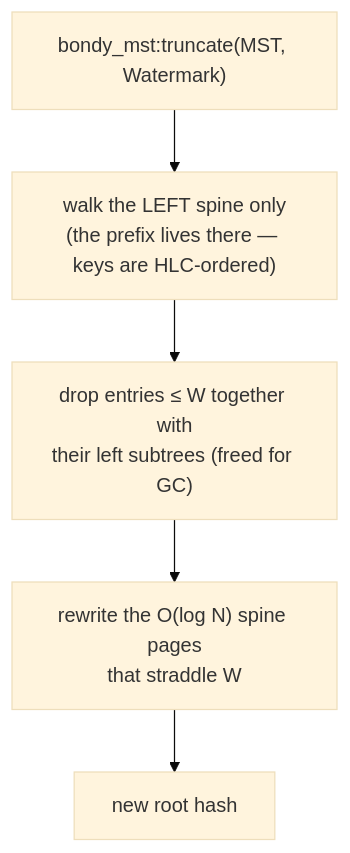
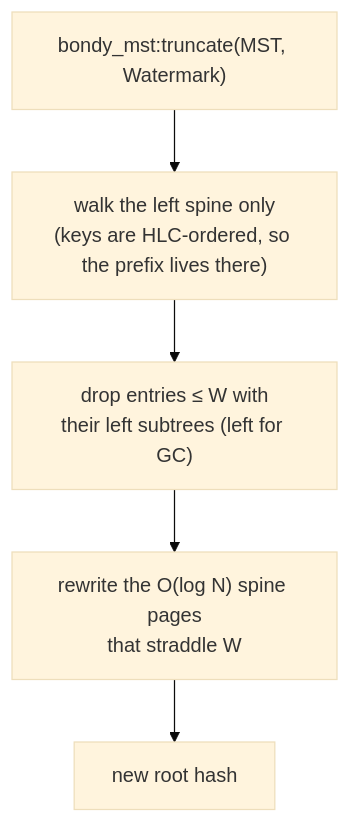
One commit to bondy-io/bondy changed the fifth of 15 diagrams in apps/bondy_db/doc_extras/architecture/06_compaction_and_bootstrap.md. Above: the diagram before and after it, drawn with Mermaid (base theme). The commit also changed other lines of this file and 449 other files, not shown here.

````diff
--- a/apps/bondy_db/doc_extras/architecture/06_compaction_and_bootstrap.md
+++ b/apps/bondy_db/doc_extras/architecture/06_compaction_and_bootstrap.md
@@ -340,10 +256,10 @@
 ```mermaid
 flowchart TB
     TR["bondy_mst:truncate(MST, Watermark)"]
-    SPINE["walk the LEFT spine only<br/>(the prefix lives there — keys are HLC-ordered)"]
-    DROP["drop entries ≤ W together with<br/>their left subtrees (freed for GC)"]
+    SPINE["walk the left spine only<br/>(keys are HLC-ordered, so the prefix lives there)"]
+    DROP["drop entries ≤ W with<br/>their left subtrees (left for GC)"]
     REBUILD["rewrite the O(log N) spine pages<br/>that straddle W"]
     NEWROOT[new root hash]
 
     TR --> SPINE --> DROP --> REBUILD --> NEWROOT
 ```
````
